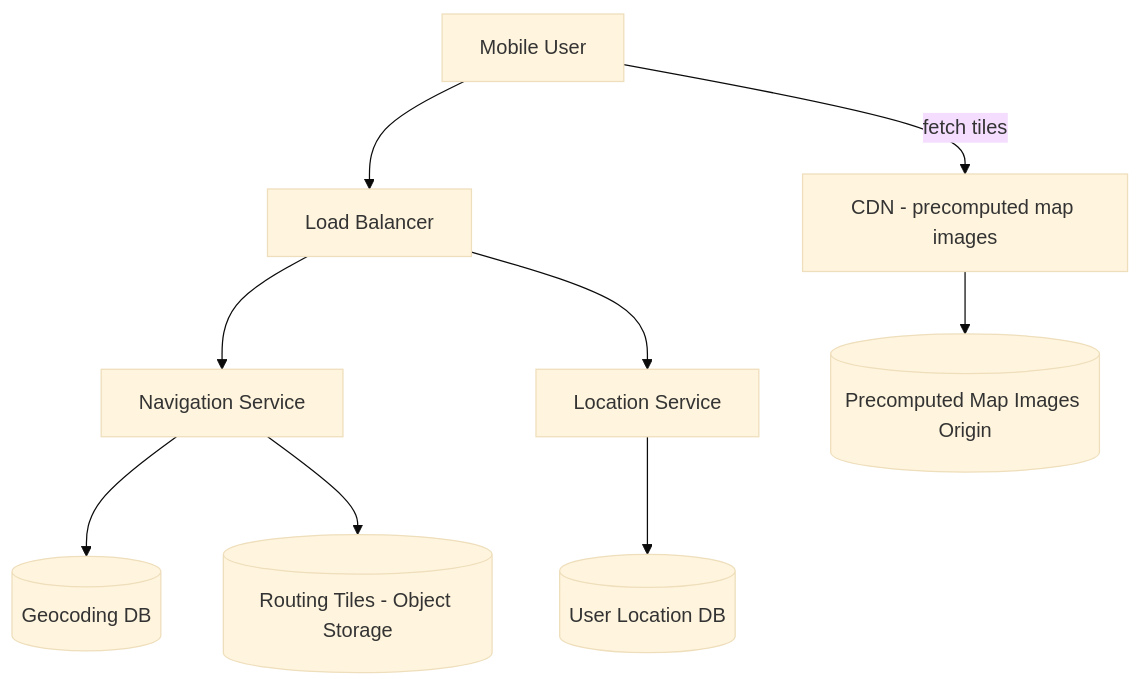
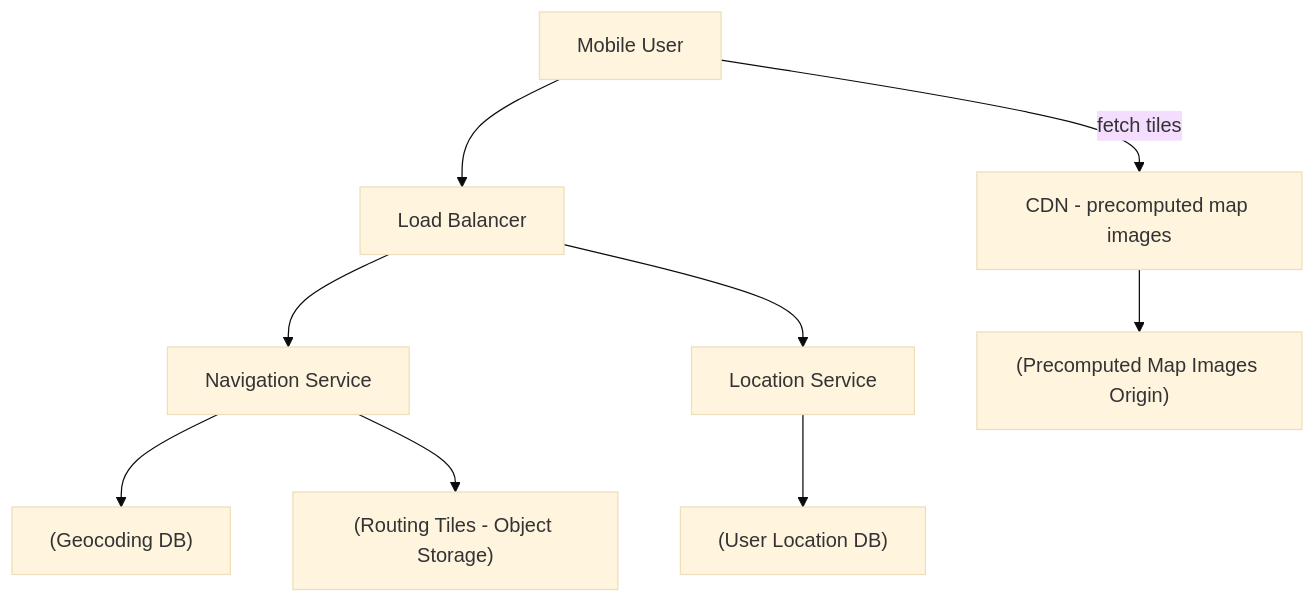
One commit to pankajThakur1874/studysheet changed the first of 2 diagrams in files/Book-System-Design-Vol-2/03-google-maps.md. Above: the diagram before and after it, drawn with Mermaid (base theme). The commit also changed other lines of this file and 102 other files, not shown here.

Commit message:
Auto-fix Mermaid diagram syntax across all study guides to prevent Syntax Error in Mermaid v10

````diff
--- a/files/Book-System-Design-Vol-2/03-google-maps.md
+++ b/files/Book-System-Design-Vol-2/03-google-maps.md
@@ -46,11 +46,11 @@
 ```mermaid
 flowchart TD
     U[Mobile User] --> LB[Load Balancer]
     U -->|fetch tiles| CDN[CDN - precomputed map images]
     LB --> NAV[Navigation Service]
     LB --> LOC[Location Service]
-    NAV --> GEO[(Geocoding DB)]
-    NAV --> RT[(Routing Tiles - Object Storage)]
-    LOC --> ULDB[(User Location DB)]
-    CDN --> Origin[(Precomputed Map Images Origin)]
+    NAV --> GEO["(Geocoding DB)"]
+    NAV --> RT["(Routing Tiles - Object Storage)"]
+    LOC --> ULDB["(User Location DB)"]
+    CDN --> Origin["(Precomputed Map Images Origin)"]
 ```
````
